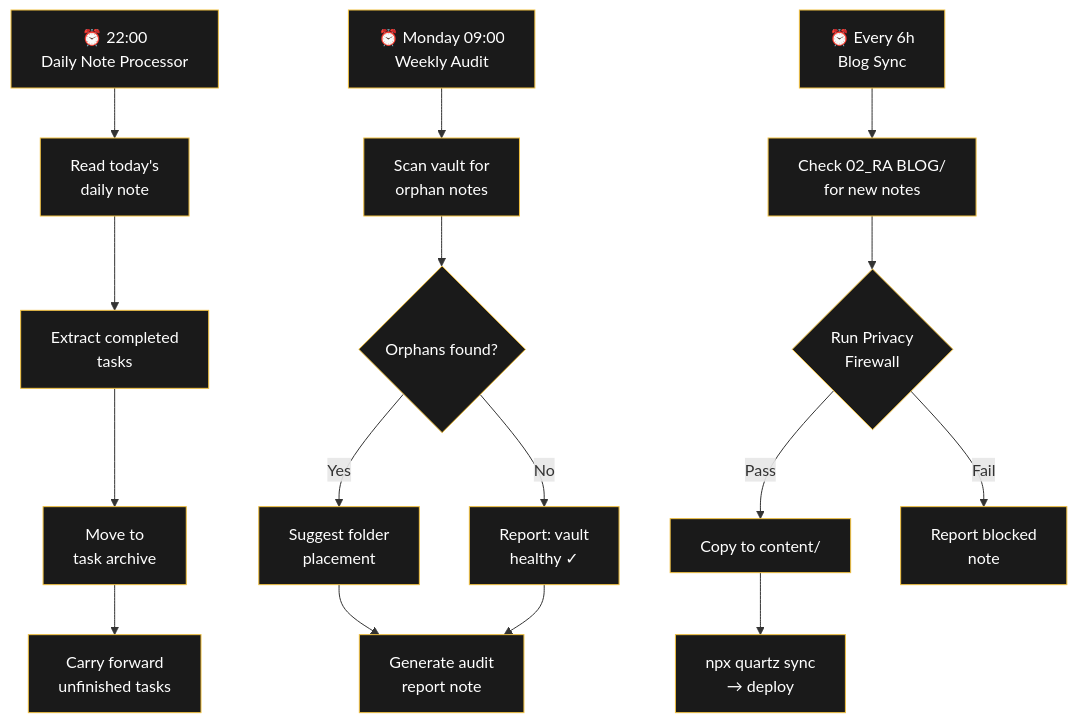
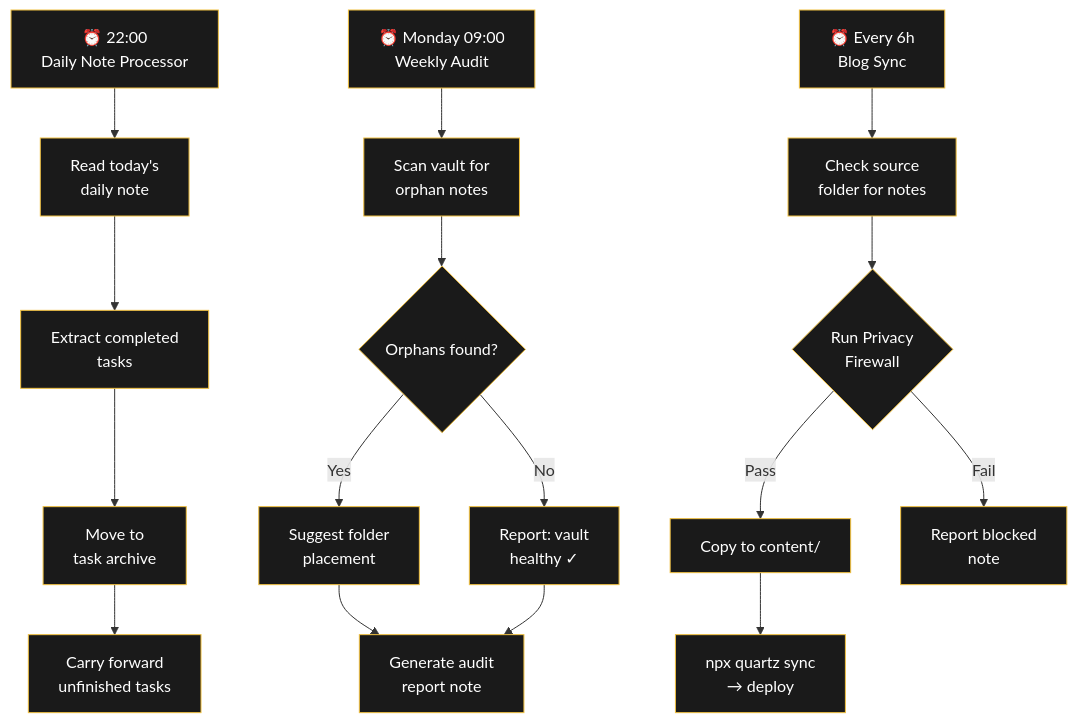
Before and after one commit to raulmina1/quartz-garden: the third of 3 diagrams in content/Projekte/Cron Shop.md, drawn with Mermaid. The commit also changed other lines of this file, not shown here.

Commit message:
Quartz sync: Aug 2, 2026, 7:27 PM

````diff
--- a/content/Projekte/Cron Shop.md
+++ b/content/Projekte/Cron Shop.md
@@ -120,38 +120,38 @@
 ```mermaid
 flowchart TD
     A["⏰ 22:00<br/>Daily Note Processor"] --> B[Read today's<br/>daily note]
     B --> C[Extract completed<br/>tasks]
     C --> D[Move to<br/>task archive]
     D --> E[Carry forward<br/>unfinished tasks]
     
     F["⏰ Monday 09:00<br/>Weekly Audit"] --> G[Scan vault for<br/>orphan notes]
     G --> H{Orphans found?}
     H -->|Yes| I[Suggest folder<br/>placement]
     H -->|No| J[Report: vault<br/>healthy ✓]
     I --> K[Generate audit<br/>report note]
     J --> K
     
-    L["⏰ Every 6h<br/>Blog Sync"] --> M[Check 02_RA BLOG/<br/>for new notes]
+    L["⏰ Every 6h<br/>Blog Sync"] --> M[Check source<br/>folder for notes]
     M --> N{Run Privacy<br/>Firewall}
     N -->|Pass| O[Copy to content/]
     N -->|Fail| P[Report blocked<br/>note]
     O --> Q["npx quartz sync<br/>→ deploy"]
     
     style A fill:#1a1a1a,stroke:#f0c040,color:#fff
     style B fill:#1a1a1a,stroke:#f0c040,color:#fff
     style C fill:#1a1a1a,stroke:#f0c040,color:#fff
     style D fill:#1a1a1a,stroke:#f0c040,color:#fff
     style E fill:#1a1a1a,stroke:#f0c040,color:#fff
     style F fill:#1a1a1a,stroke:#f0c040,color:#fff
     style G fill:#1a1a1a,stroke:#f0c040,color:#fff
     style H fill:#1a1a1a,stroke:#f0c040,color:#fff
     style I fill:#1a1a1a,stroke:#f0c040,color:#fff
     style J fill:#1a1a1a,stroke:#f0c040,color:#fff
     style K fill:#1a1a1a,stroke:#f0c040,color:#fff
     style L fill:#1a1a1a,stroke:#f0c040,color:#fff
     style M fill:#1a1a1a,stroke:#f0c040,color:#fff
     style N fill:#1a1a1a,stroke:#f0c040,color:#fff
     style O fill:#1a1a1a,stroke:#f0c040,color:#fff
     style P fill:#1a1a1a,stroke:#f0c040,color:#fff
     style Q fill:#1a1a1a,stroke:#f0c040,color:#fff
 ```
````
